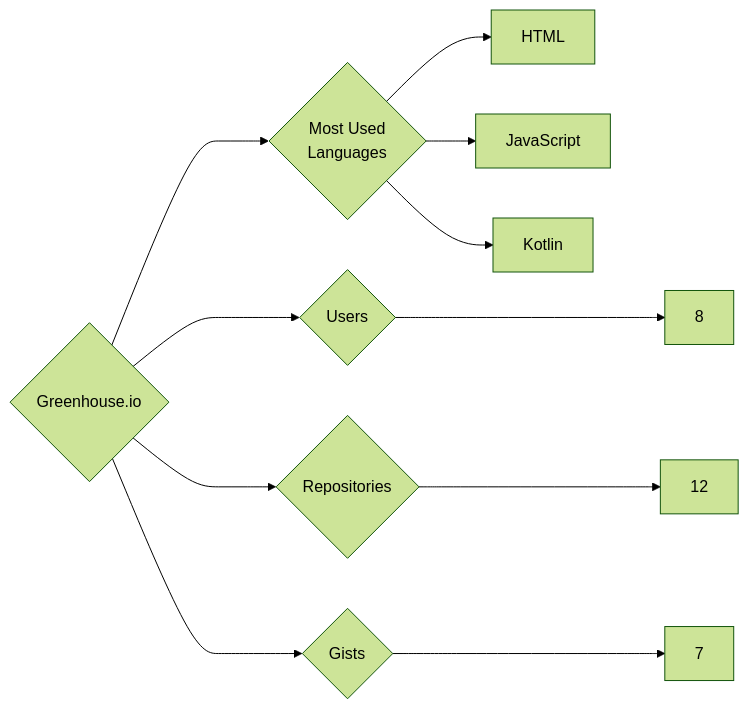
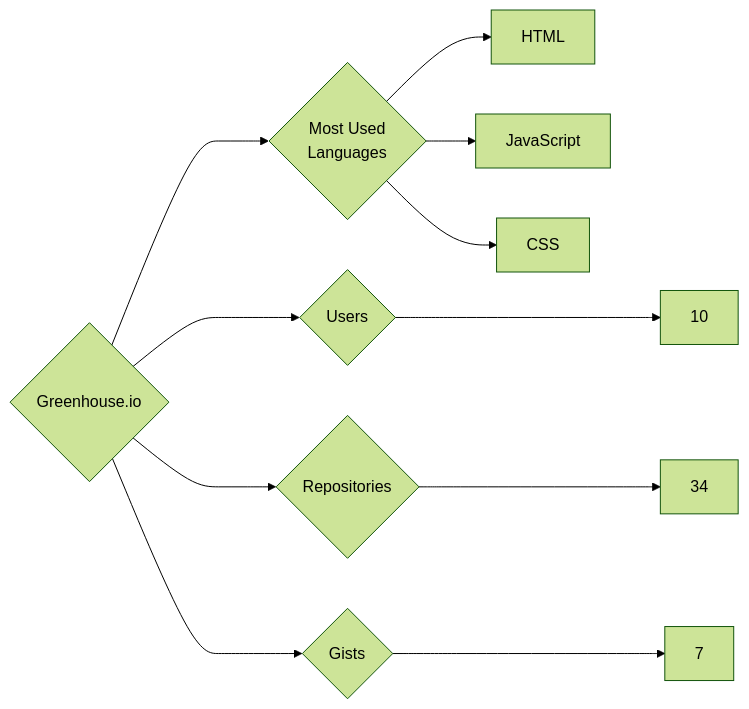
Before and after one commit to trickest/insiders: the diagram in targets/Greenhouse.io/README.md, drawn with Mermaid (forest theme). The commit also changed 857 other files, not shown here.

````diff
--- a/targets/Greenhouse.io/README.md
+++ b/targets/Greenhouse.io/README.md
@@ -3,11 +3,11 @@
 ```mermaid
 graph LR
 COMPANY_NAME{Greenhouse.io}
-COMPANY_NAME ---> U{Users} ---> UN[8]
-COMPANY_NAME ---> R{Repositories} ---> RN[12]
+COMPANY_NAME ---> U{Users} ---> UN[10]
+COMPANY_NAME ---> R{Repositories} ---> RN[34]
 COMPANY_NAME ---> G{Gists} ---> GN[7]
 COMPANY_NAME ---> ML{Most Used<br>Languages}
 ML --> HTML[HTML]
 ML --> JavaScript[JavaScript]
-ML --> Kotlin[Kotlin]
+ML --> CSS[CSS]
 ```
````
